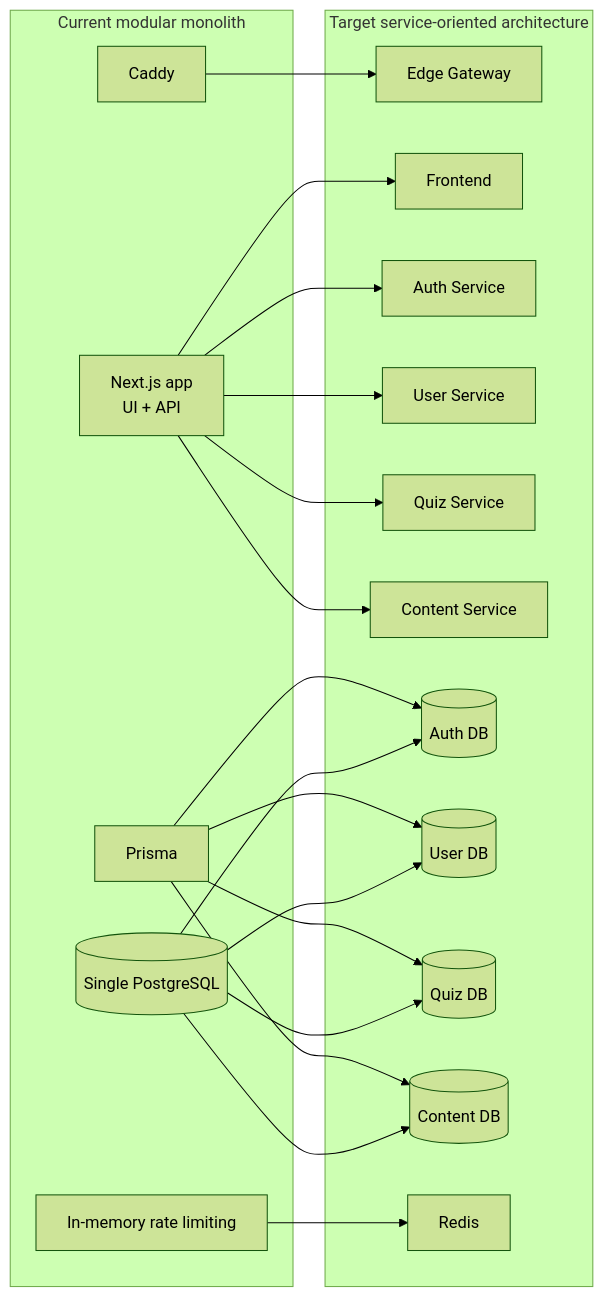
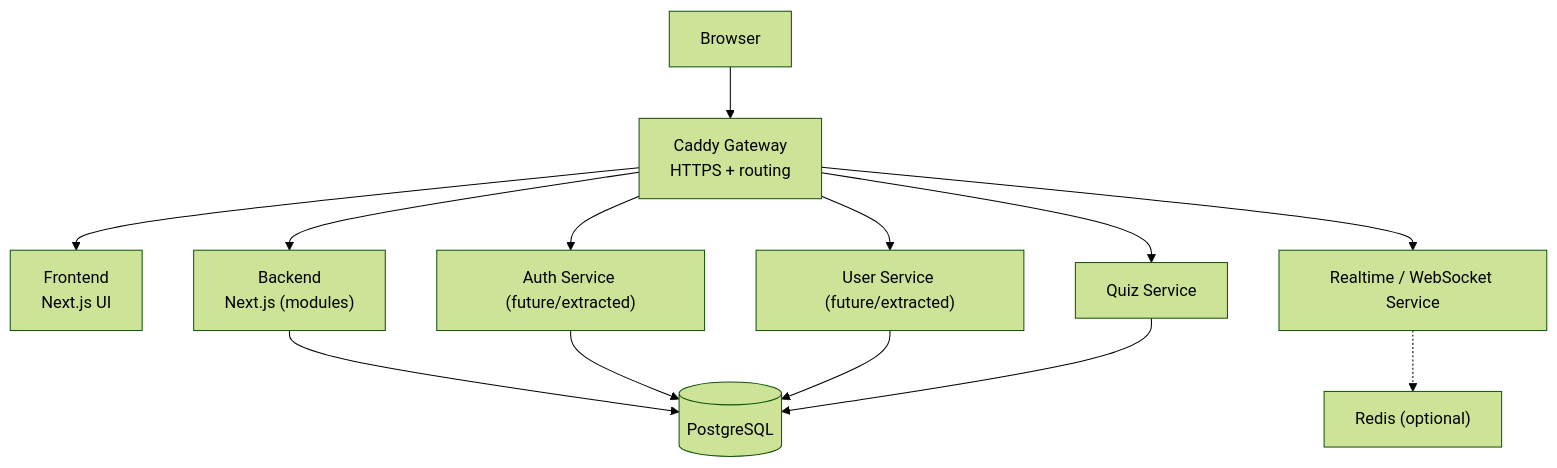
Before and after one commit to Nic-Vladimir/ft_transcendence: the second of 2 diagrams in docs/architecture-overview.md, drawn with Mermaid (forest theme). The commit also changed other lines of this file, not shown here.

````diff
--- a/docs/architecture-overview.md
+++ b/docs/architecture-overview.md
@@ -219,43 +376,38 @@
 ```mermaid
-flowchart LR
-    subgraph Current["Current modular monolith"]
-        CaddyNow["Caddy"]
-        NextNow["Next.js app\nUI + API"]
-        PrismaNow["Prisma"]
-        PGNow[("Single PostgreSQL")]
-        RateNow["In-memory rate limiting"]
-    end
 
-    subgraph Target["Target service-oriented architecture"]
-        CaddyTarget["Edge Gateway"]
-        FrontendTarget["Frontend"]
-        AuthTarget["Auth Service"]
-        UserTarget["User Service"]
-        QuizTarget["Quiz Service"]
-        ContentTarget["Content Service"]
-        AuthDBTarget[("Auth DB")]
-        UserDBTarget[("User DB")]
-        QuizDBTarget[("Quiz DB")]
-        ContentDBTarget[("Content DB")]
-        RedisTarget["Redis"]
-    end
+flowchart TB
+    Browser[Browser]
 
-    CaddyNow --> CaddyTarget
-    NextNow --> FrontendTarget
-    NextNow --> AuthTarget
-    NextNow --> UserTarget
-    NextNow --> QuizTarget
-    NextNow --> ContentTarget
+    Gateway["Caddy Gateway\nHTTPS + routing"]
 
-    PrismaNow --> AuthDBTarget
-    PrismaNow --> UserDBTarget
-    PrismaNow --> QuizDBTarget
-    PrismaNow --> ContentDBTarget
+    Frontend["Frontend\nNext.js UI"]
+    Backend["Backend\nNext.js (modules)"]
 
-    PGNow --> AuthDBTarget
-    PGNow --> UserDBTarget
-    PGNow --> QuizDBTarget
-    PGNow --> ContentDBTarget
+    AuthSvc["Auth Service (future/extracted)"]
+    UserSvc["User Service (future/extracted)"]
+    QuizSvc["Quiz Service"]
+    WsSvc["Realtime / WebSocket Service"]
 
-    RateNow --> RedisTarget
+    Postgres[("PostgreSQL")]
+    Redis["Redis (optional)"]
+
+    Browser --> Gateway
+
+    Gateway --> Frontend
+    Gateway --> Backend
+
+    %% future/extracted services
+    Gateway --> AuthSvc
+    Gateway --> UserSvc
+    Gateway --> QuizSvc
+    Gateway --> WsSvc
+
+    %% data
+    Backend --> Postgres
+    AuthSvc --> Postgres
+    UserSvc --> Postgres
+    QuizSvc --> Postgres
+
+    WsSvc -.-> Redis
+
 ```
````
